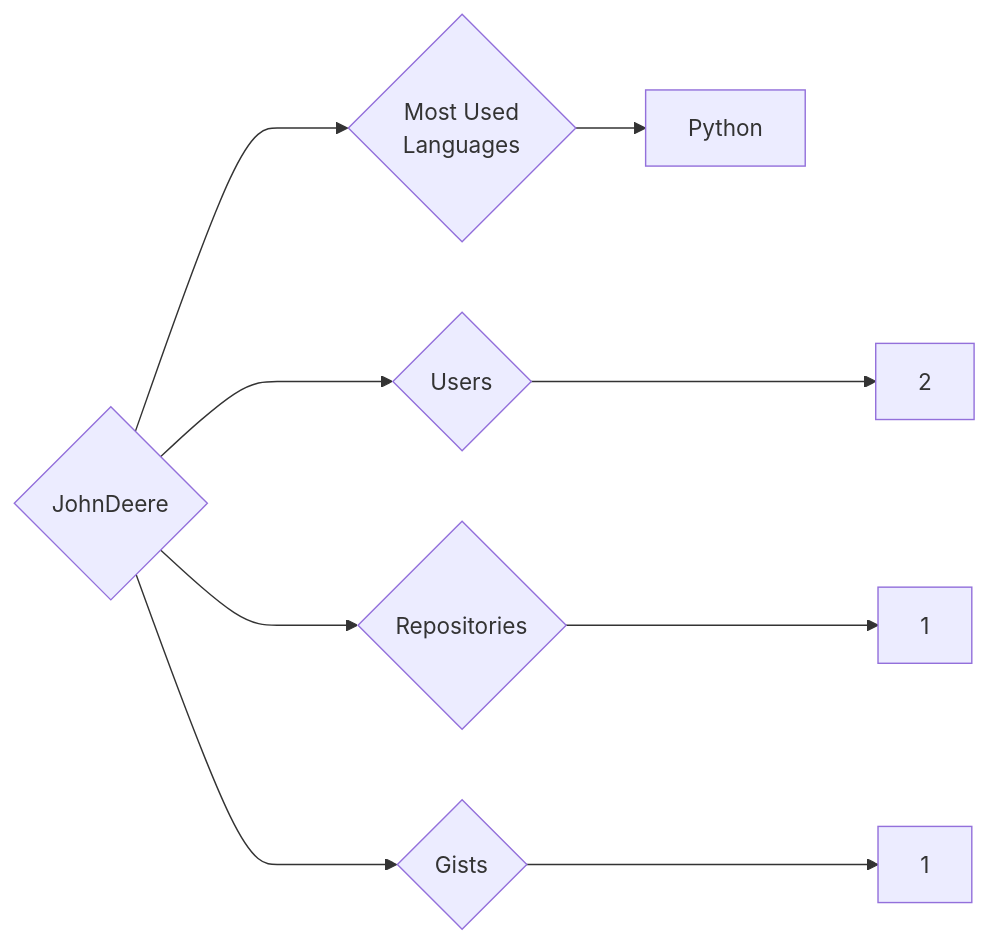
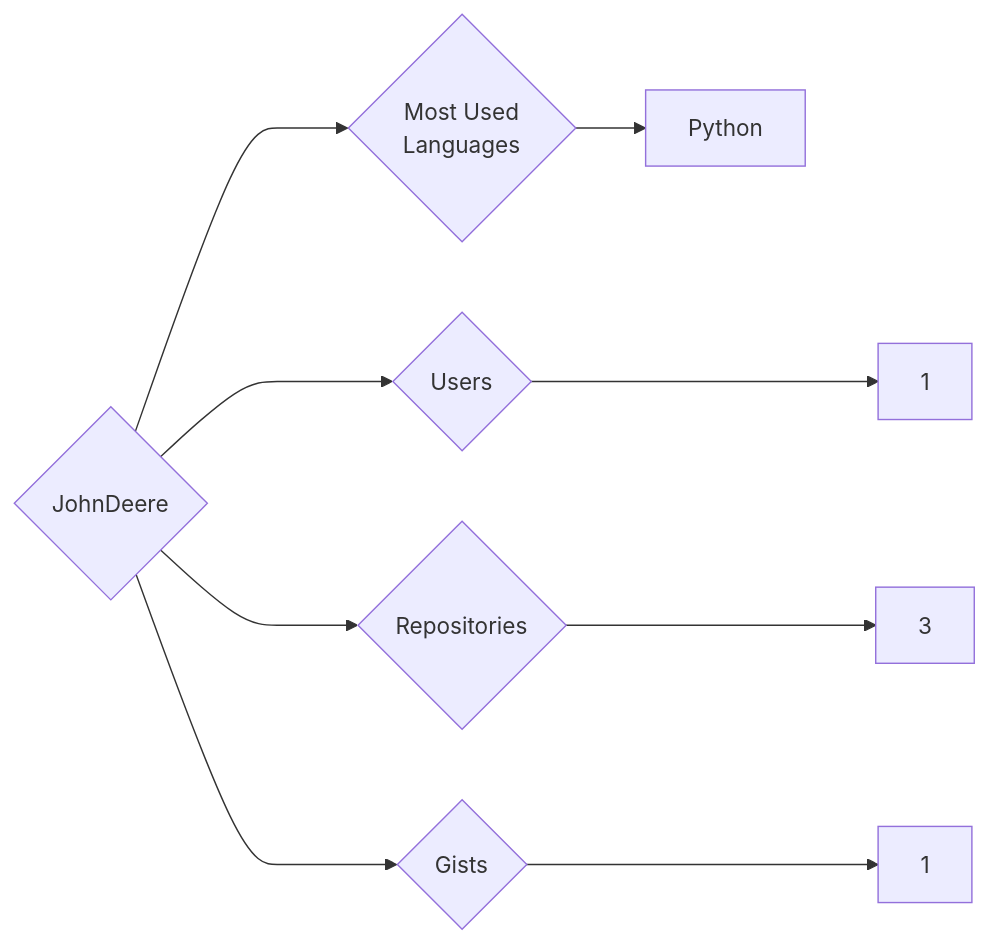
One commit to trickest/insiders changed the diagram in targets/JohnDeere/README.md. Above: the diagram before and after it, drawn with Mermaid. The commit also changed 874 other files, not shown here.

````diff
--- a/targets/JohnDeere/README.md
+++ b/targets/JohnDeere/README.md
@@ -3,9 +3,9 @@
 ```mermaid
 graph LR
 COMPANY_NAME{JohnDeere}
-COMPANY_NAME ---> U{Users} ---> UN[2]
-COMPANY_NAME ---> R{Repositories} ---> RN[1]
+COMPANY_NAME ---> U{Users} ---> UN[1]
+COMPANY_NAME ---> R{Repositories} ---> RN[3]
 COMPANY_NAME ---> G{Gists} ---> GN[1]
 COMPANY_NAME ---> ML{Most Used<br>Languages}
 ML --> Python[Python]
 ```
````
